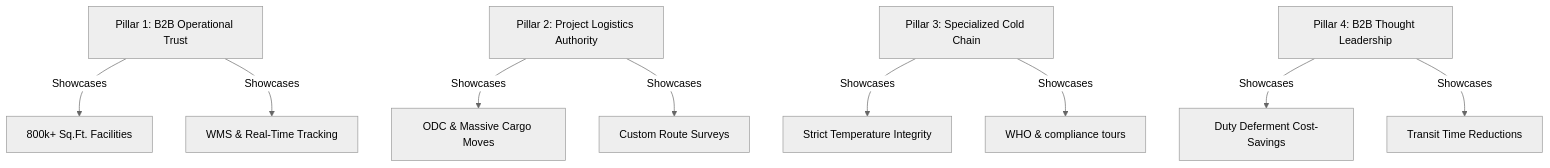
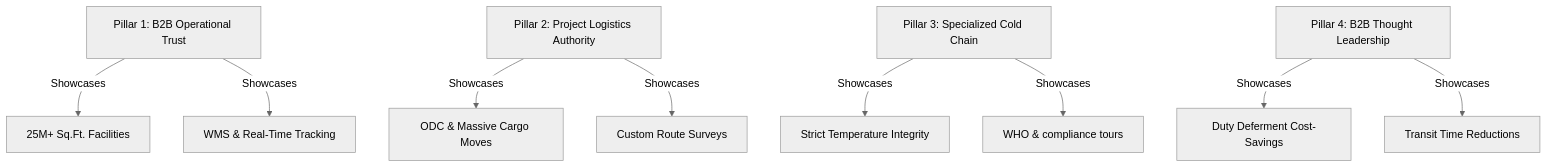
Before and after one commit to akhilmehta2003/genex-facebook: the diagram in facebook_audit_growth_strategy.md, drawn with Mermaid (neutral theme).

Commit message:
facebook_audit_growth_strategy.md

````diff
--- a/facebook_audit_growth_strategy.md
+++ b/facebook_audit_growth_strategy.md
@@ -66,14 +66,14 @@
 ```mermaid
 graph TD
-    P1[Pillar 1: B2B Operational Trust] -->|Showcases| Warehouses[800k+ Sq.Ft. Facilities]
+    P1[Pillar 1: B2B Operational Trust] -->|Showcases| Warehouses[25M+ Sq.Ft. Facilities]
     P1 -->|Showcases| Technology[WMS & Real-Time Tracking]
     
     P2[Pillar 2: Project Logistics Authority] -->|Showcases| HeavyLift[ODC & Massive Cargo Moves]
     P2 -->|Showcases| Engineering[Custom Route Surveys]
     
     P3[Pillar 3: Specialized Cold Chain] -->|Showcases| Pharma[Strict Temperature Integrity]
     P3 -->|Showcases| Audits[WHO & compliance tours]
     
     P4[Pillar 4: B2B Thought Leadership] -->|Showcases| FTWZ[Duty Deferment Cost-Savings]
     P4 -->|Showcases| CaseStudies[Transit Time Reductions]
 ```
````
